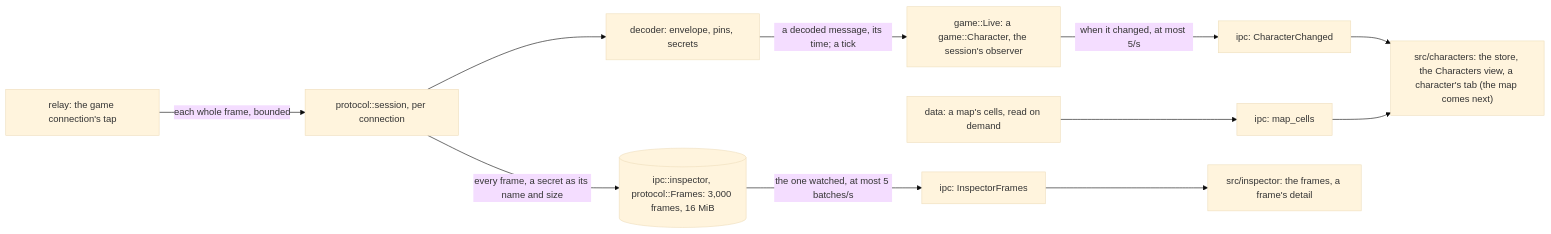
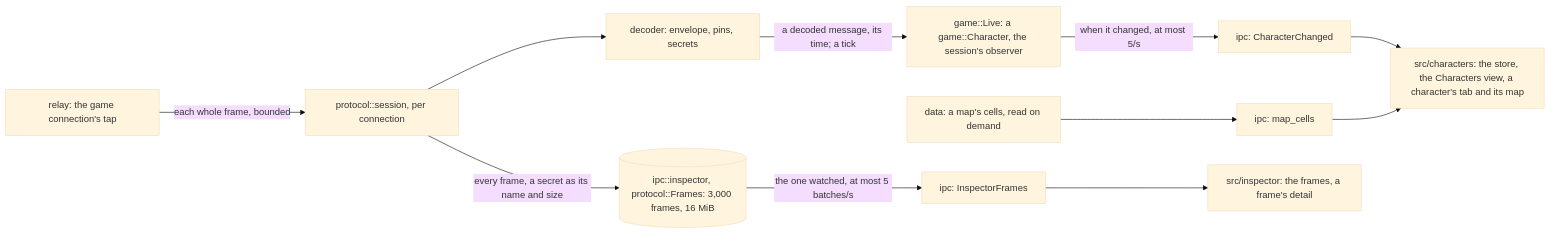
The diagram in docs/game.md (AerafalDev/D3B), drawn with Mermaid (base theme) before and after one commit. The commit also changed other lines of this file and 2 other files, not shown here.

Commit message:
feat(ui): the character's map in its tab, the owner's style B

````diff
--- a/docs/game.md
+++ b/docs/game.md
@@ -7,13 +7,13 @@
 ```mermaid
 flowchart LR
     tap["relay: the game connection's tap"] -->|"each whole frame, bounded"| task["protocol::session, per connection"]
     task --> dec["decoder: envelope, pins, secrets"]
     dec -->|"a decoded message, its time; a tick"| obs["game::Live: a game::Character, the session's observer"]
     task -->|"every frame, a secret as its name and size"| ring[("ipc::inspector, protocol::Frames: 3,000 frames, 16 MiB")]
     obs -->|"when it changed, at most 5/s"| ev1["ipc: CharacterChanged"]
     ring -->|"the one watched, at most 5 batches/s"| ev2["ipc: InspectorFrames"]
     maps["data: a map's cells, read on demand"] --> cmd["ipc: map_cells"]
-    ev1 --> view["src/characters: the store, the Characters view, a character's tab (the map comes next)"]
+    ev1 --> view["src/characters: the store, the Characters view, a character's tab and its map"]
     cmd --> view
     ev2 --> insp["src/inspector: the frames, a frame's detail"]
 ```
````
